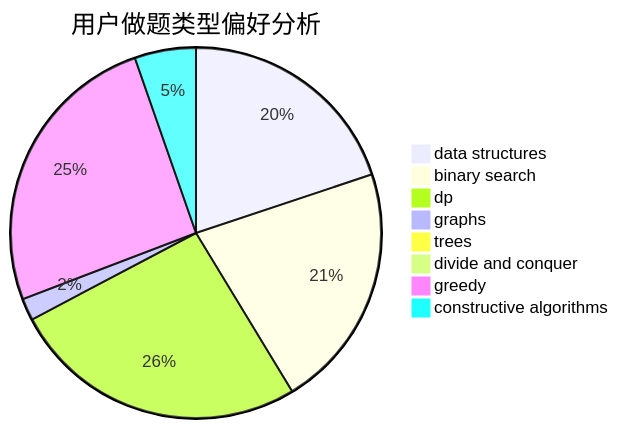
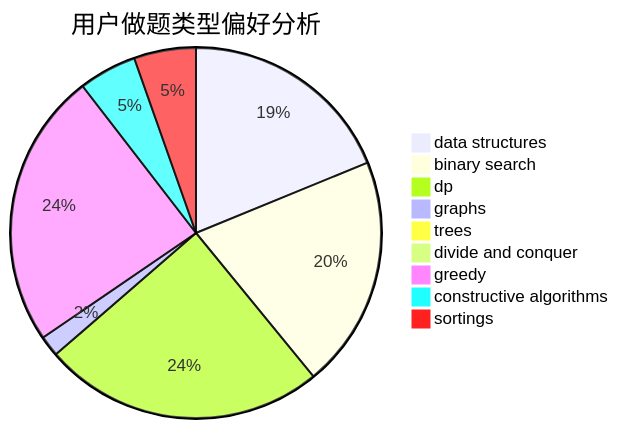
The second of 3 diagrams in docs/user/u1655.md (sherpahu/cfrs.github.io), drawn with Mermaid before and after one commit. The commit also changed other lines of this file and 2769 other files, not shown here.

````diff
--- a/docs/user/u1655.md
+++ b/docs/user/u1655.md
@@ -23,11 +18,12 @@
 ```mermaid
 pie title 用户做题类型偏好分析
     "data structures" :  435
     "binary search" :  469
     "dp" :  568
     "graphs" :  42
     "trees" :  7
     "divide and conquer" :  0
     "greedy" :  557
     "constructive algorithms" :  117
+    "sortings" :  125
 ```
````
